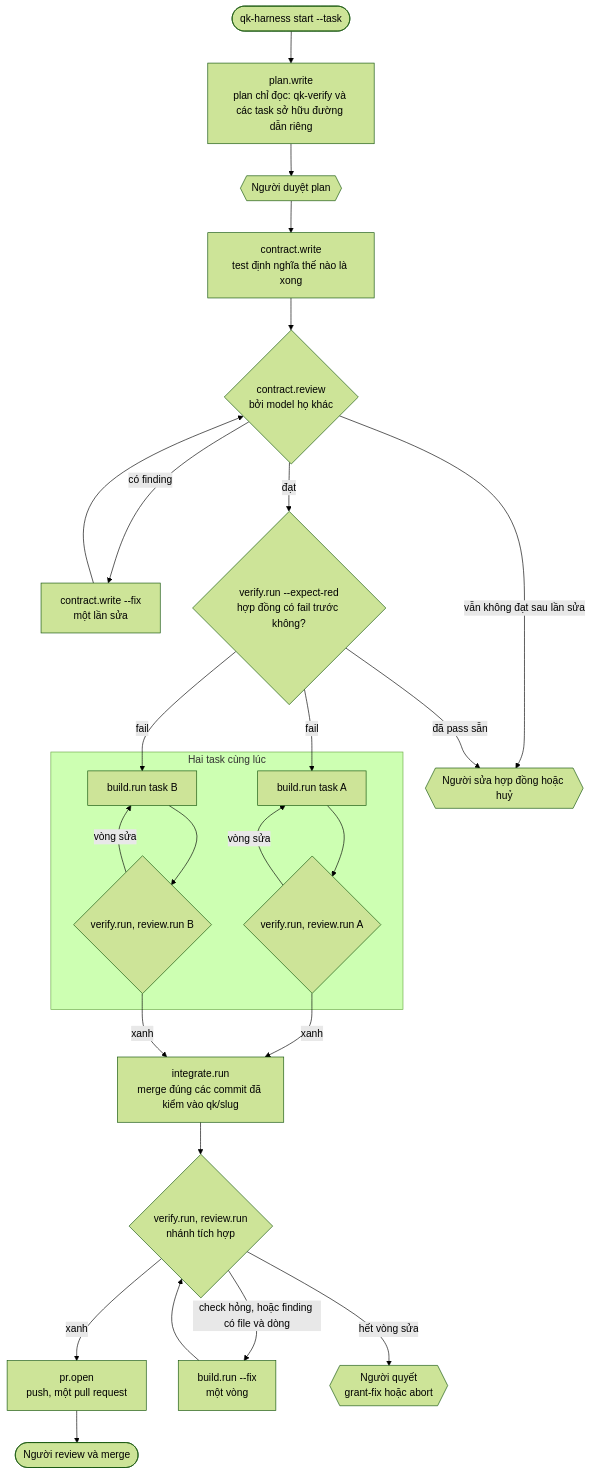
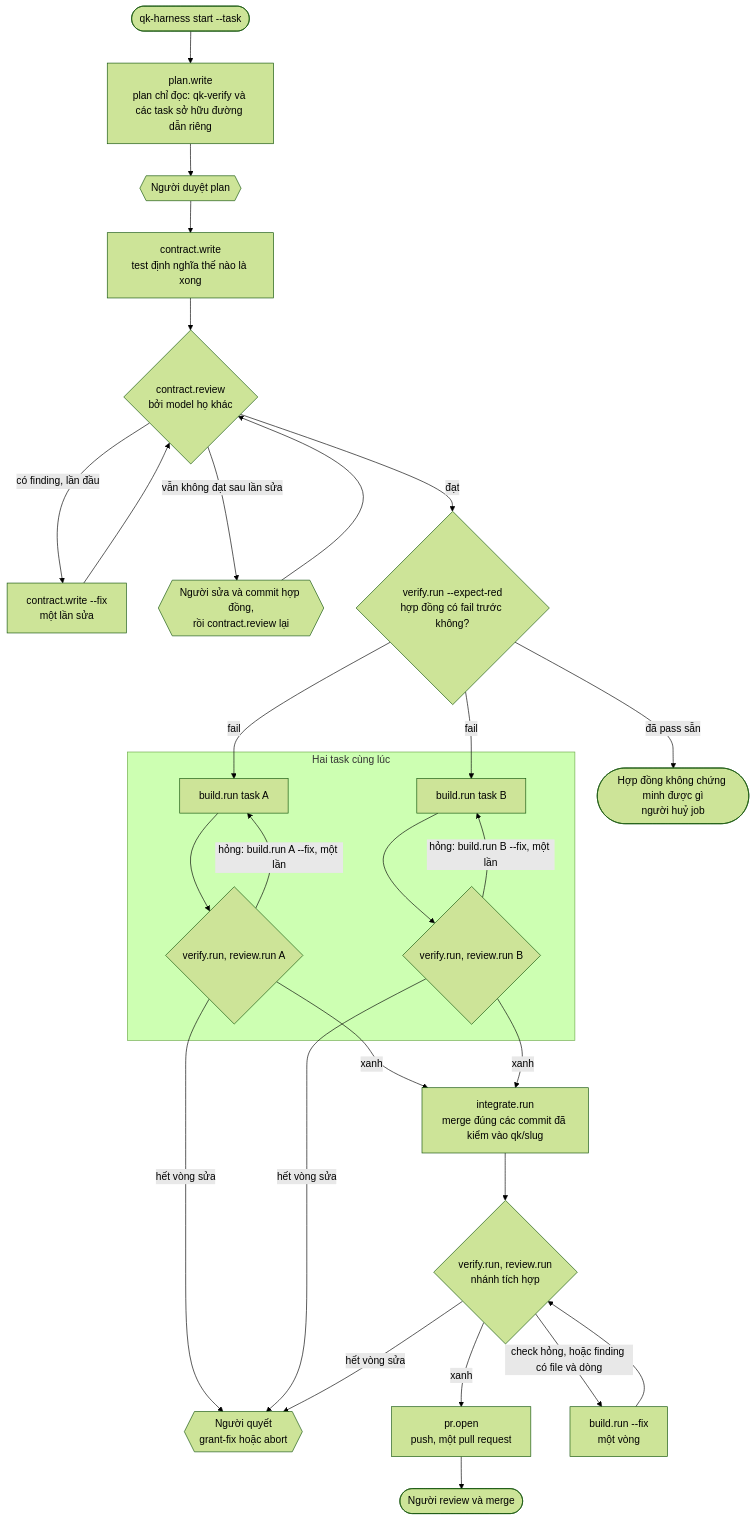
The diagram in README.vi.md (dakiquang/qk-harness), drawn with Mermaid (forest theme) before and after one commit. The commit also changed 1 other file, not shown here.

Commit message:
docs: separate the two contract decisions and the task fix round
A contract that already passes can only be aborted; one that still fails review after its revision is edited by a person and reviewed again. Each task's fix round is build.run --fix once, then a person's decision.

````diff
--- a/README.vi.md
+++ b/README.vi.md
@@ -15,26 +15,29 @@
 ```mermaid
 flowchart TB
     start(["qk-harness start --task"]) --> plan["plan.write<br/>plan chỉ đọc: qk-verify và các task sở hữu đường dẫn riêng"]
     plan --> gate{{"Người duyệt plan"}}
     gate --> contract["contract.write<br/>test định nghĩa thế nào là xong"]
     contract --> creview{"contract.review<br/>bởi model họ khác"}
-    creview -- "có finding" --> cfix["contract.write --fix<br/>một lần sửa"]
+    creview -- "có finding, lần đầu" --> cfix["contract.write --fix<br/>một lần sửa"]
     cfix --> creview
-    creview -- "vẫn không đạt sau lần sửa" --> cdecide
+    creview -- "vẫn không đạt sau lần sửa" --> cedit{{"Người sửa và commit hợp đồng,<br/>rồi contract.review lại"}}
+    cedit --> creview
     creview -- "đạt" --> red{"verify.run --expect-red<br/>hợp đồng có fail trước không?"}
-    red -- "đã pass sẵn" --> cdecide{{"Người sửa hợp đồng hoặc huỷ"}}
+    red -- "đã pass sẵn" --> cabort(["Hợp đồng không chứng minh được gì<br/>người huỷ job"])
     red -- "fail" --> buildA & buildB
     subgraph tasks ["Hai task cùng lúc"]
         buildA["build.run task A"] --> checkA{"verify.run, review.run A"}
         buildB["build.run task B"] --> checkB{"verify.run, review.run B"}
-        checkA -- "vòng sửa" --> buildA
-        checkB -- "vòng sửa" --> buildB
+        checkA -- "hỏng: build.run A --fix, một lần" --> buildA
+        checkB -- "hỏng: build.run B --fix, một lần" --> buildB
     end
+    checkA -- "hết vòng sửa" --> decide
+    checkB -- "hết vòng sửa" --> decide
     checkA & checkB -- "xanh" --> integ["integrate.run<br/>merge đúng các commit đã kiểm vào qk/slug"]
     integ --> icheck{"verify.run, review.run<br/>nhánh tích hợp"}
     icheck -- "xanh" --> pr["pr.open<br/>push, một pull request"]
     icheck -- "check hỏng, hoặc finding có file và dòng" --> fix["build.run --fix<br/>một vòng"]
     fix --> icheck
     icheck -- "hết vòng sửa" --> decide{{"Người quyết<br/>grant-fix hoặc abort"}}
     pr --> merge(["Người review và merge"])
 ```
````
